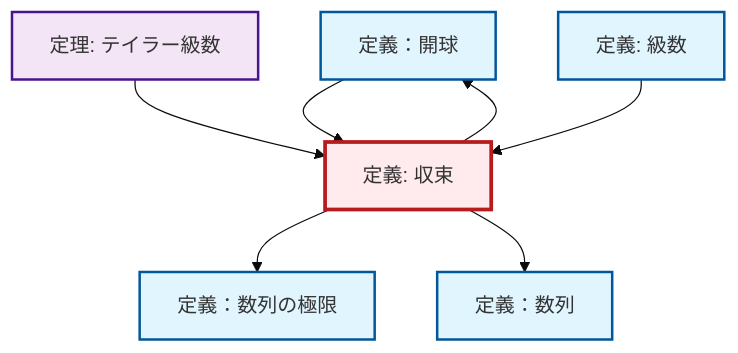
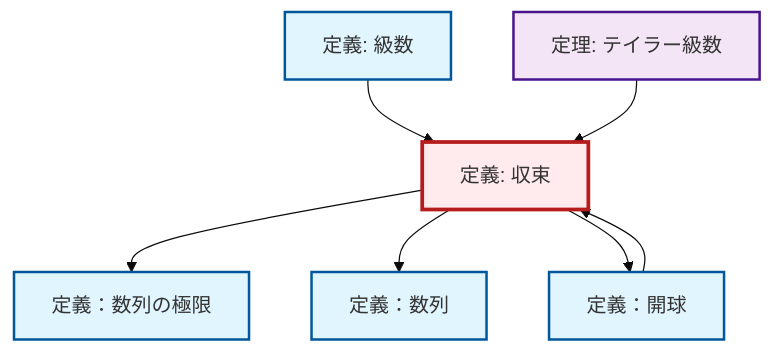
Before and after one commit to RK0429/ModernMath: the diagram in content/ja/analysis/def-convergence.qmd, drawn with Mermaid (base theme). The commit also changed 672 other files, not shown here.

````diff
--- a/content/ja/analysis/def-convergence.qmd
+++ b/content/ja/analysis/def-convergence.qmd
@@ -83,27 +83,27 @@
 ```{mermaid}
-%%| fig-cap: "Local dependency graph"
+%%| fig-cap: "ローカル依存関係グラフ"
 graph TD
     classDef definition fill:#e1f5fe,stroke:#01579b,stroke-width:2px
     classDef theorem fill:#f3e5f5,stroke:#4a148c,stroke-width:2px
     classDef axiom fill:#fff3e0,stroke:#e65100,stroke-width:2px
     classDef example fill:#e8f5e9,stroke:#1b5e20,stroke-width:2px
     classDef current fill:#ffebee,stroke:#b71c1c,stroke-width:3px
     def-limit["定義：数列の極限"]:::definition
+    def-convergence["定義: 収束"]:::definition
     def-open-ball["定義：開球"]:::definition
     def-series["定義: 級数"]:::definition
-    def-convergence["定義: 収束"]:::definition
     def-sequence["定義：数列"]:::definition
     thm-taylor-series["定理: テイラー級数"]:::theorem
+    def-convergence --> def-limit
+    def-series --> def-convergence
+    def-convergence --> def-sequence
     def-convergence --> def-open-ball
-    def-convergence --> def-limit
-    def-convergence --> def-sequence
+    thm-taylor-series --> def-convergence
     def-open-ball --> def-convergence
-    thm-taylor-series --> def-convergence
-    def-series --> def-convergence
     class def-convergence current
     click def-limit "def-limit.html" "定義：数列の極限へ"
     click def-open-ball "def-open-ball.html" "定義：開球へ"
     click def-series "def-series.html" "級数の定義へ"
     click def-sequence "def-sequence.html" "定義：数列へ"
     click thm-taylor-series "thm-taylor-series.html" "テイラー級数の定理へ"
 ```
````
